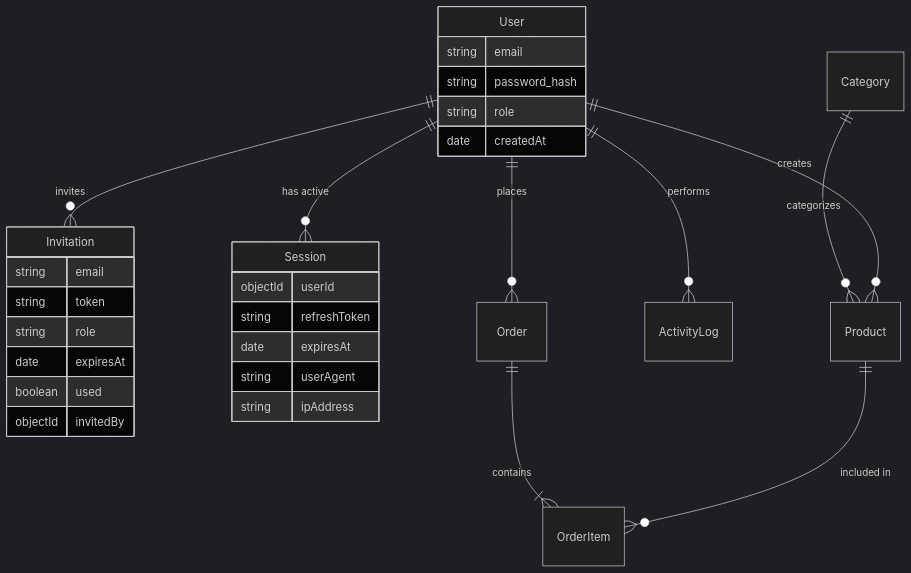
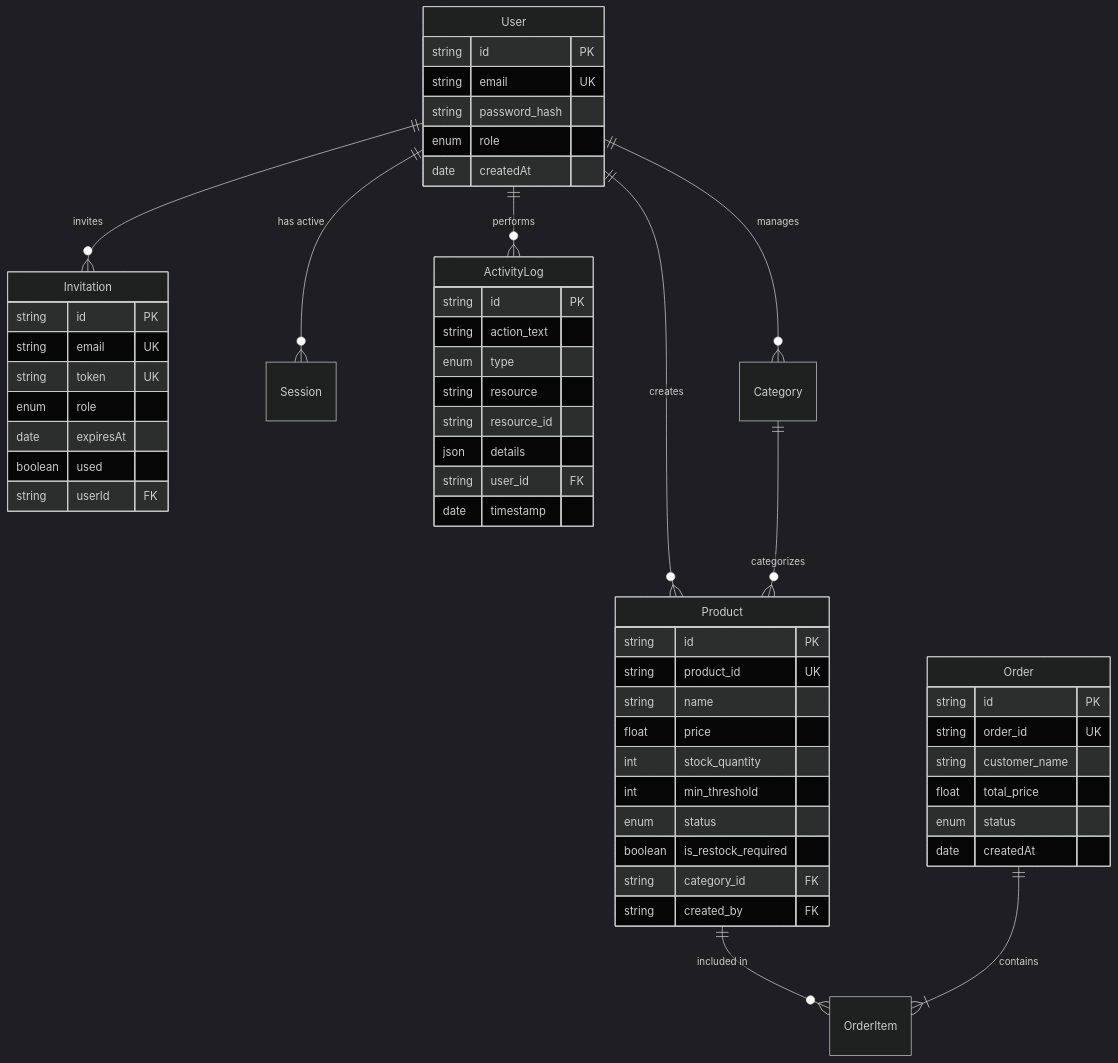
One commit to sazzad4677/Smart-Inventory-System changed the second of 4 diagrams in README.md. Above: the diagram before and after it, drawn with Mermaid (dark theme). The commit also changed other lines of this file and 1 other file, not shown here.

````diff
--- a/README.md
+++ b/README.md
@@ -155,36 +155,63 @@
 ```mermaid
 erDiagram
     User ||--o{ Invitation : "invites"
     User ||--o{ Session : "has active"
     User ||--o{ Product : "creates"
     User ||--o{ ActivityLog : "performs"
-    User ||--o{ Order : "places"
+    User ||--o{ Category : "manages"
 
     Category ||--o{ Product : "categorizes"
     Product ||--o{ OrderItem : "included in"
     Order ||--|{ OrderItem : "contains"
 
     User {
-        string email
+        string id PK
+        string email UK
         string password_hash
-        string role
+        enum role
         date createdAt
     }
 
     Invitation {
-        string email
-        string token
-        string role
+        string id PK
+        string email UK
+        string token UK
+        enum role
         date expiresAt
         boolean used
-        objectId invitedBy
+        string userId FK
     }
 
-    Session {
-        objectId userId
-        string refreshToken
-        date expiresAt
-        string userAgent
-        string ipAddress
+    Product {
+        string id PK
+        string product_id UK
+        string name
+        float price
+        int stock_quantity
+        int min_threshold
+        enum status
+        boolean is_restock_required
+        string category_id FK
+        string created_by FK
+    }
+
+    Order {
+        string id PK
+        string order_id UK
+        string customer_name
+        float total_price
+        enum status
+        date createdAt
+    }
+
+    ActivityLog {
+        string id PK
+        string action_text
+        enum type
+        string resource
+        string resource_id
+        json details
+        string user_id FK
+        date timestamp
     }
 ```
````
